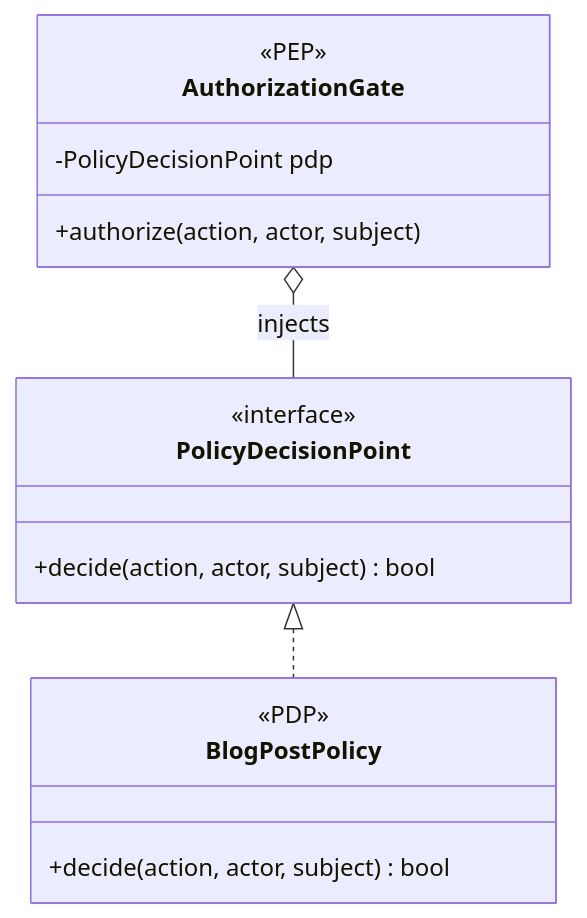
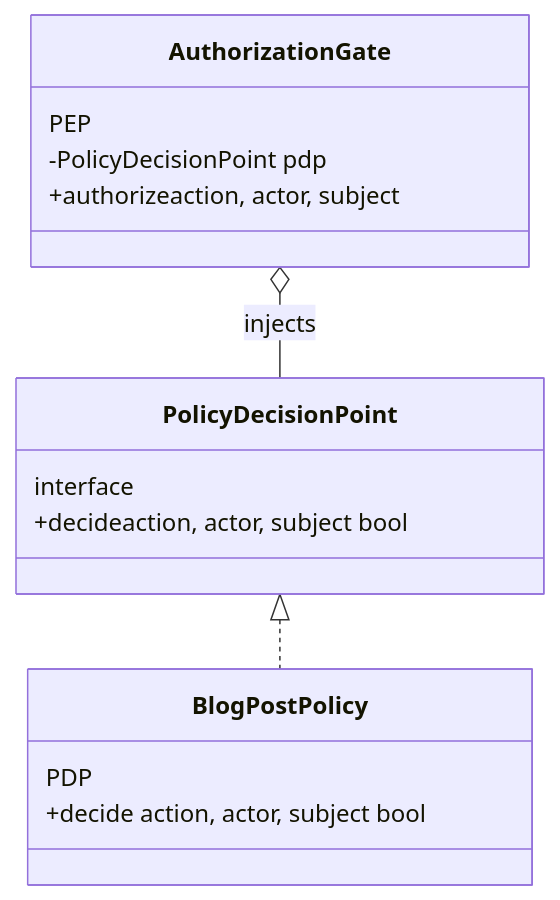
The fifth of 6 diagrams in PLAN.md (mnaatjes/php-abac-auth), drawn with Mermaid before and after one commit. The commit also changed other lines of this file and 13 other files, not shown here.

Commit message:
further documentation and test implementation. focus on traits and schema validation next

````diff
--- a/PLAN.md
+++ b/PLAN.md
@@ -235,19 +442,19 @@
 ```mermaid
 classDiagram
     class AuthorizationGate {
-        <<PEP>>
+        PEP
         -PolicyDecisionPoint pdp
-        +authorize(action, actor, subject)
+        +authorizeaction, actor, subject
     }
     class PolicyDecisionPoint {
-        <<interface>>
-        +decide(action, actor, subject) bool
+        interface
+        +decideaction, actor, subject bool
     }
     class BlogPostPolicy {
-        <<PDP>>
-        +decide(action, actor, subject) bool
+        PDP
+        +decide action, actor, subject bool
     }
 
     AuthorizationGate o-- PolicyDecisionPoint : injects
     PolicyDecisionPoint <|.. BlogPostPolicy
 ```
````
